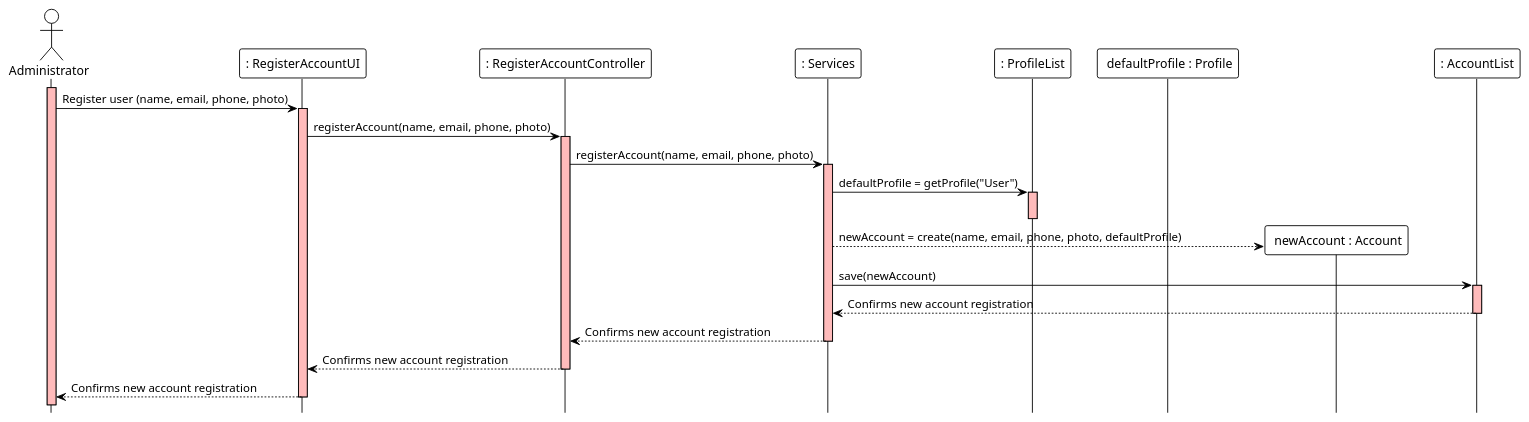
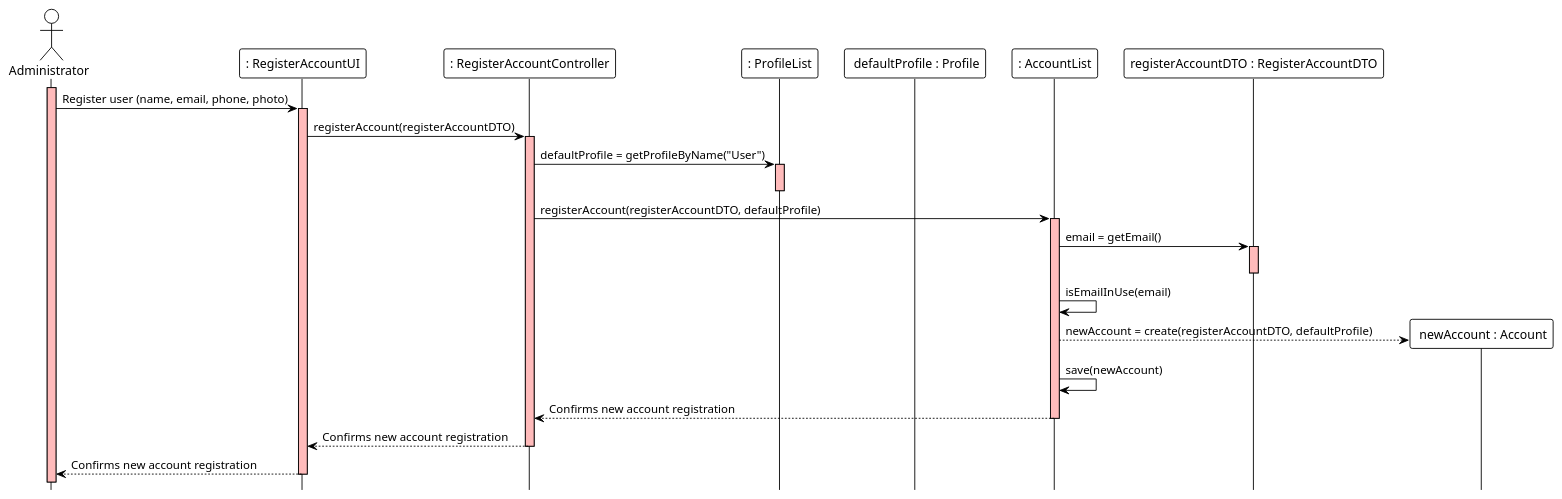
The diagram in docs/modelling_design/user_stories/us002/US002_RegisterUserSD.puml (ivo-menezes/project_g3), drawn with PlantUML before and after one commit.

Commit message:
US002: Design: update RegisterUserSD

```diff
--- a/docs/modelling_design/user_stories/us002/US002_RegisterUserSD.puml
+++ b/docs/modelling_design/user_stories/us002/US002_RegisterUserSD.puml
@@ -1,40 +1,47 @@
 @startuml
 !theme plain
 hide footbox
+
 actor Administrator  as Administrator
 participant ": RegisterAccountUI" as UI
 participant ": RegisterAccountController" as Controller
-participant ": Services" as Services
 participant ": ProfileList" as ProfileList
 participant " defaultProfile : Profile"
+participant ": AccountList" as AccountList
+participant "registerAccountDTO : RegisterAccountDTO" as DTO
 participant " newAccount : Account" as newAccount
-participant ": AccountList" as List
+
 
 activate Administrator #FFBBBB
 Administrator ->  UI : Register user (name, email, phone, photo)
+
 activate UI #FFBBBB
-UI -> Controller : registerAccount(name, email, phone, photo)
+UI -> Controller : registerAccount(registerAccountDTO)
+
 activate Controller #FFBBBB
-Controller -> Services : registerAccount(name, email, phone, photo)
-activate Services #FFBBBB
-Services -> ProfileList : defaultProfile = getProfile("User")
+Controller -> ProfileList : defaultProfile = getProfileByName("User")
+
 activate ProfileList #FFBBBB
 deactivate ProfileList
-Services --> newAccount ** : newAccount = create(name, email, phone, photo, defaultProfile)
-Services -> List : save(newAccount)
 
-activate List #FFBBBB
-List --> Services : Confirms new account registration
-deactivate List
+Controller -> AccountList : registerAccount(registerAccountDTO, defaultProfile)
 
-'List -> List : emailExists(email)
+activate AccountList #FFBBBB
+AccountList -> DTO : email = getEmail()
 
-'List -> List : add(newAccount)
-'List --> Services : Confirms new account registration
-Services --> Controller : Confirms new account registration
-deactivate Services
+activate DTO #FFBBBB
+deactivate DTO
+
+AccountList -> AccountList : isEmailInUse(email)
+
+AccountList --> newAccount ** : newAccount = create(registerAccountDTO, defaultProfile)
+AccountList -> AccountList : save(newAccount)
+
+AccountList --> Controller : Confirms new account registration
+deactivate AccountList
+
 Controller --> UI : Confirms new account registration
 deactivate Controller
 UI --> Administrator : Confirms new account registration
 deactivate UI
 @enduml
```
